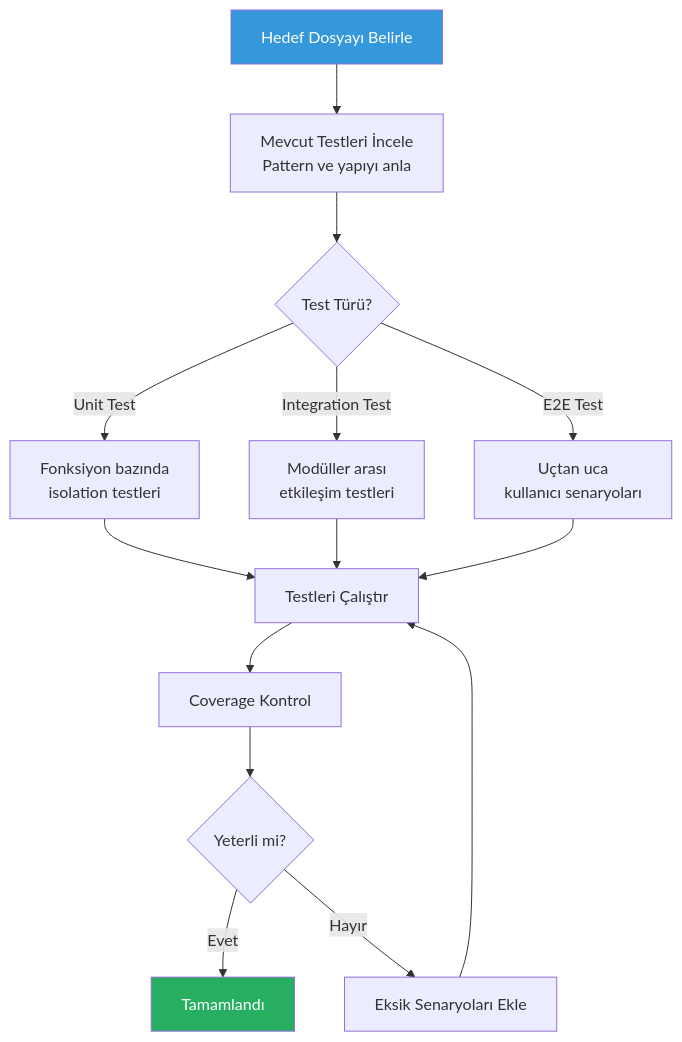
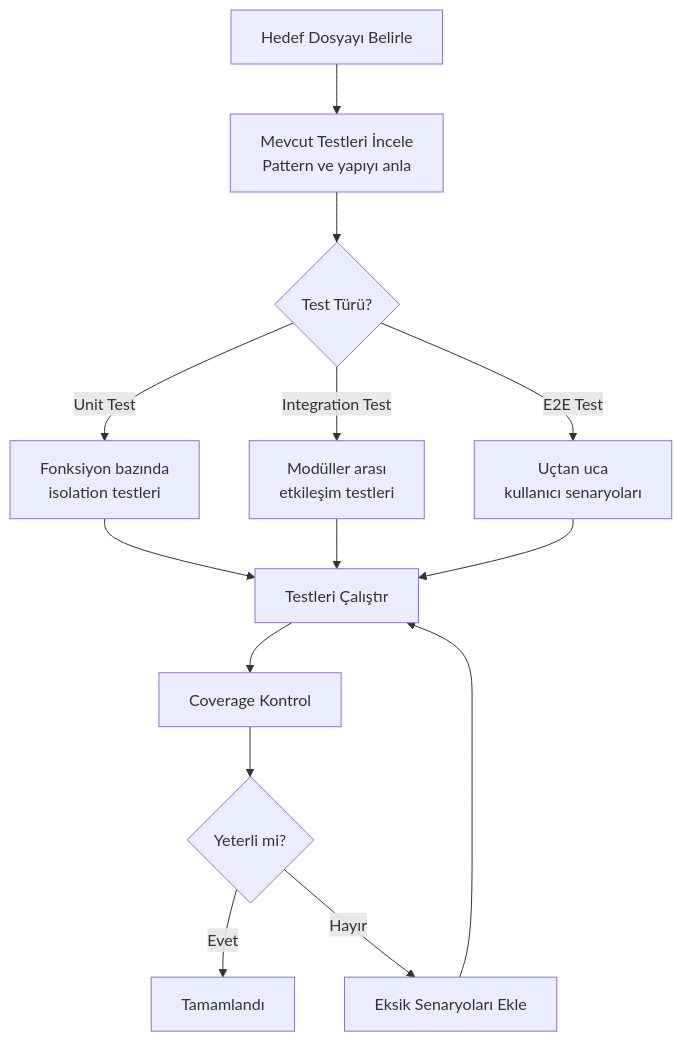
The first of 2 diagrams in 20-pratik-senaryolar/04-test-yazma.md (IzzetYasinAtes/ClaudeCodeHandbook), drawn with Mermaid before and after one commit. The commit also changed other lines of this file and 97 other files, not shown here.

Commit message:
Remove all custom Mermaid style/fill colors from 98 markdown files for consistent dark theme rendering

````diff
--- a/20-pratik-senaryolar/04-test-yazma.md
+++ b/20-pratik-senaryolar/04-test-yazma.md
@@ -16,19 +16,16 @@
 ```mermaid
 flowchart TD
     A["Hedef Dosyayı Belirle"] --> B["Mevcut Testleri İncele<br/>Pattern ve yapıyı anla"]
     B --> C{"Test Türü?"}
     C -->|Unit Test| D["Fonksiyon bazında<br/>isolation testleri"]
     C -->|Integration Test| E["Modüller arası<br/>etkileşim testleri"]
     C -->|E2E Test| F["Uçtan uca<br/>kullanıcı senaryoları"]
     D --> G["Testleri Çalıştır"]
     E --> G
     F --> G
     G --> H["Coverage Kontrol"]
     H --> I{"Yeterli mi?"}
     I -->|Evet| J["Tamamlandı"]
     I -->|Hayır| K["Eksik Senaryoları Ekle"]
     K --> G
-
-    style A fill:#3498DB,color:#fff
-    style J fill:#27AE60,color:#fff
 ```
````
